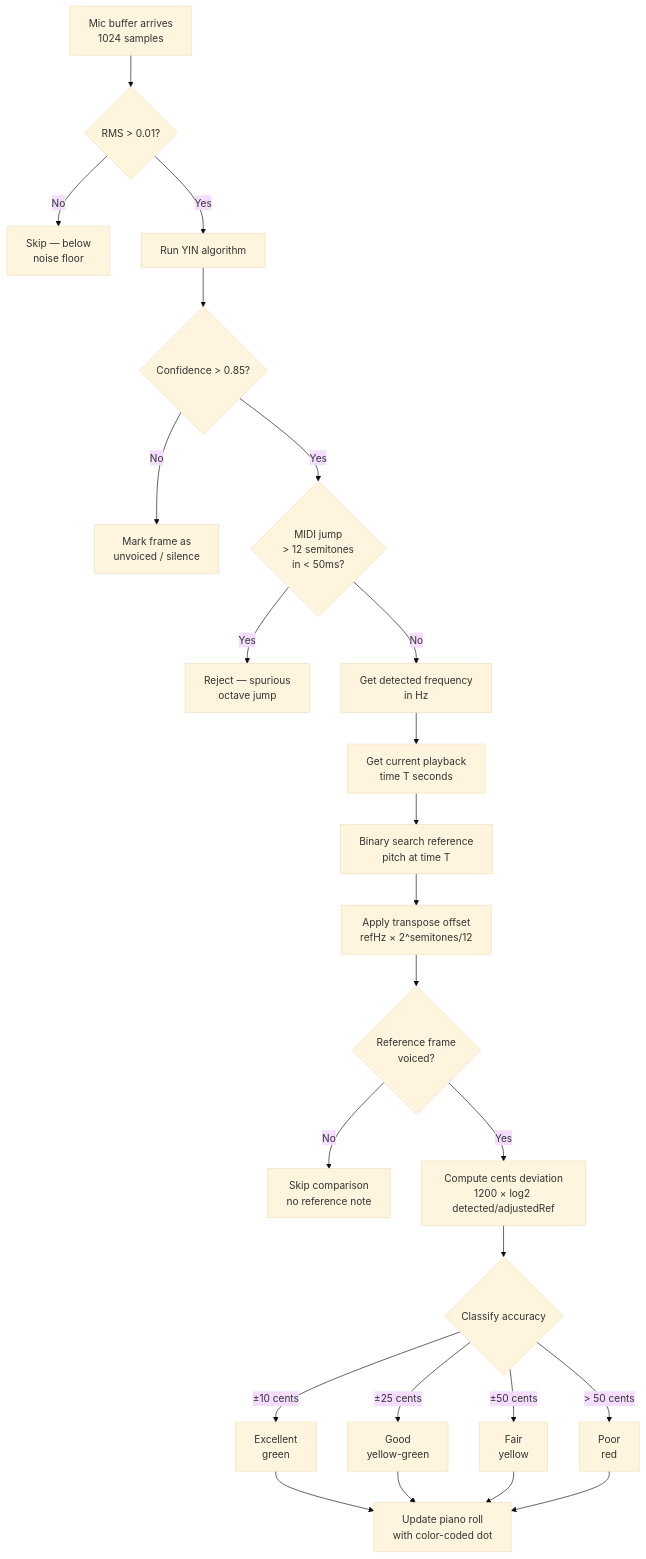
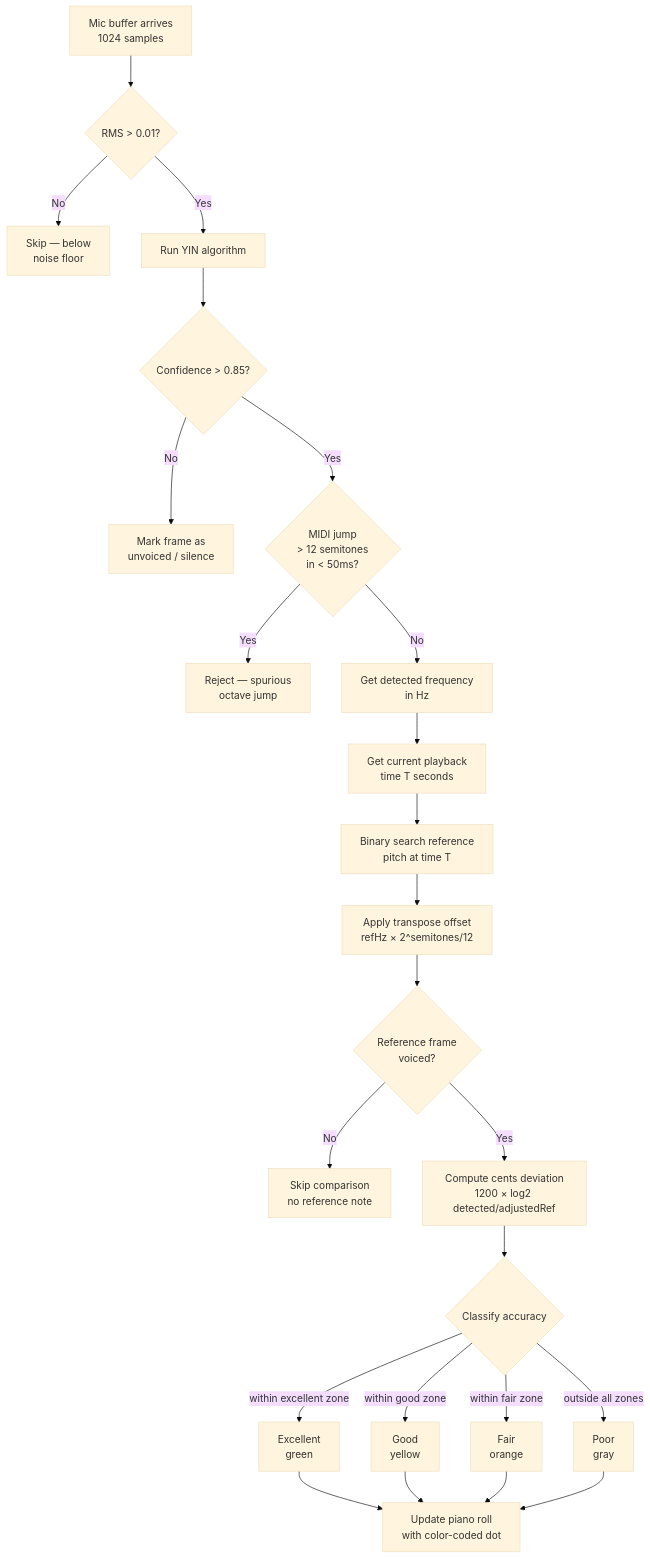
The third of 4 diagrams in docs/06-realtime-pitch.md (pawelgawliczek/intonavio), drawn with Mermaid (base theme) before and after one commit. The commit also changed other lines of this file and 20 other files, not shown here.

````diff
--- a/docs/06-realtime-pitch.md
+++ b/docs/06-realtime-pitch.md
@@ -112,30 +112,30 @@
 ```mermaid
 flowchart TD
     A[Mic buffer arrives<br/>1024 samples] --> A1{RMS > 0.01?}
     A1 -->|No| D[Skip — below<br/>noise floor]
     A1 -->|Yes| B[Run YIN algorithm]
     B --> C{Confidence > 0.85?}
     C -->|No| D2[Mark frame as<br/>unvoiced / silence]
     C -->|Yes| C2{MIDI jump<br/>> 12 semitones<br/>in < 50ms?}
     C2 -->|Yes| D3[Reject — spurious<br/>octave jump]
     C2 -->|No| E[Get detected frequency<br/>in Hz]
 
     E --> F[Get current playback<br/>time T seconds]
     F --> G[Binary search reference<br/>pitch at time T]
     G --> G2[Apply transpose offset<br/>refHz × 2^semitones/12]
     G2 --> H{Reference frame<br/>voiced?}
 
     H -->|No| I[Skip comparison<br/>no reference note]
     H -->|Yes| J[Compute cents deviation<br/>1200 × log2 detected/adjustedRef]
 
     J --> K{Classify accuracy}
-    K -->|±10 cents| L[Excellent<br/>green]
-    K -->|±25 cents| M[Good<br/>yellow-green]
-    K -->|±50 cents| N[Fair<br/>yellow]
-    K -->|> 50 cents| O[Poor<br/>red]
+    K -->|within excellent zone| L[Excellent<br/>green]
+    K -->|within good zone| M[Good<br/>yellow]
+    K -->|within fair zone| N[Fair<br/>orange]
+    K -->|outside all zones| O[Poor<br/>gray]
 
     L --> P[Update piano roll<br/>with color-coded dot]
     M --> P
     N --> P
     O --> P
 ```
````
